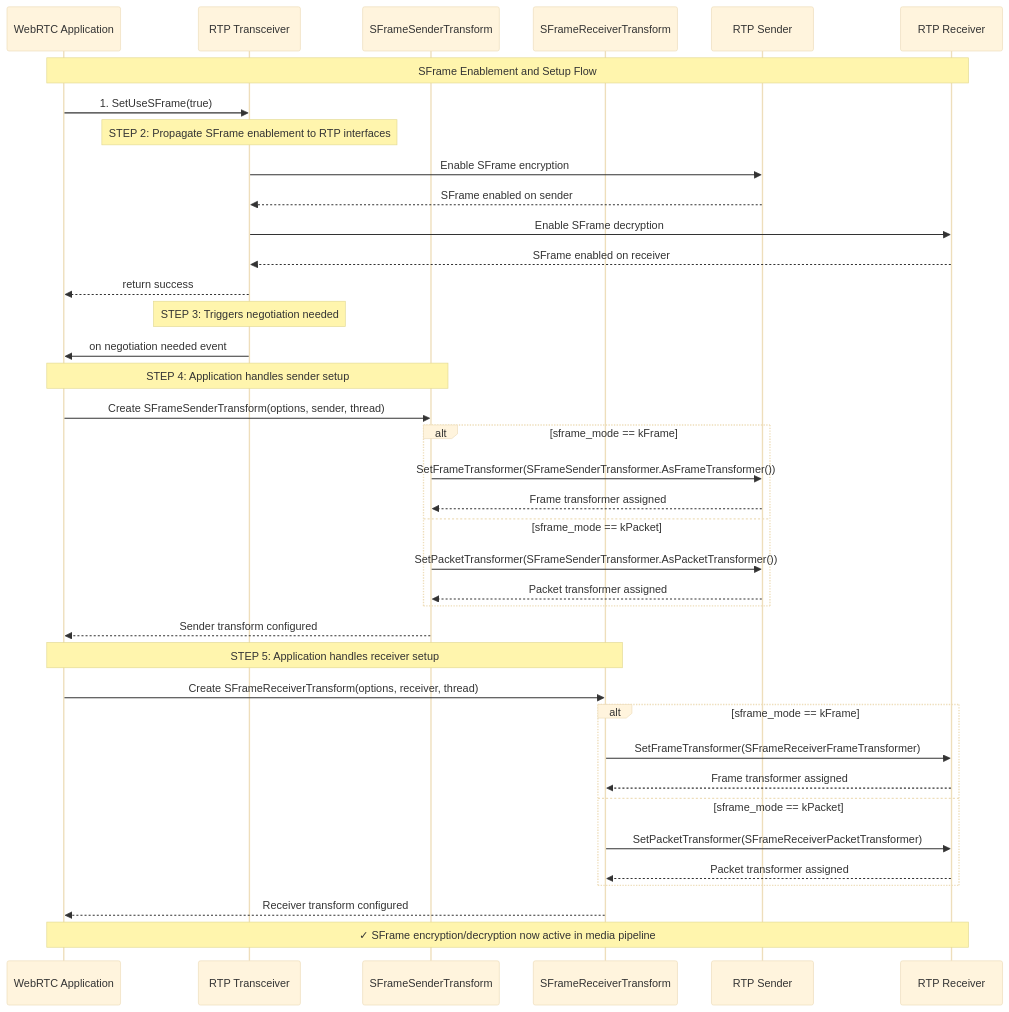
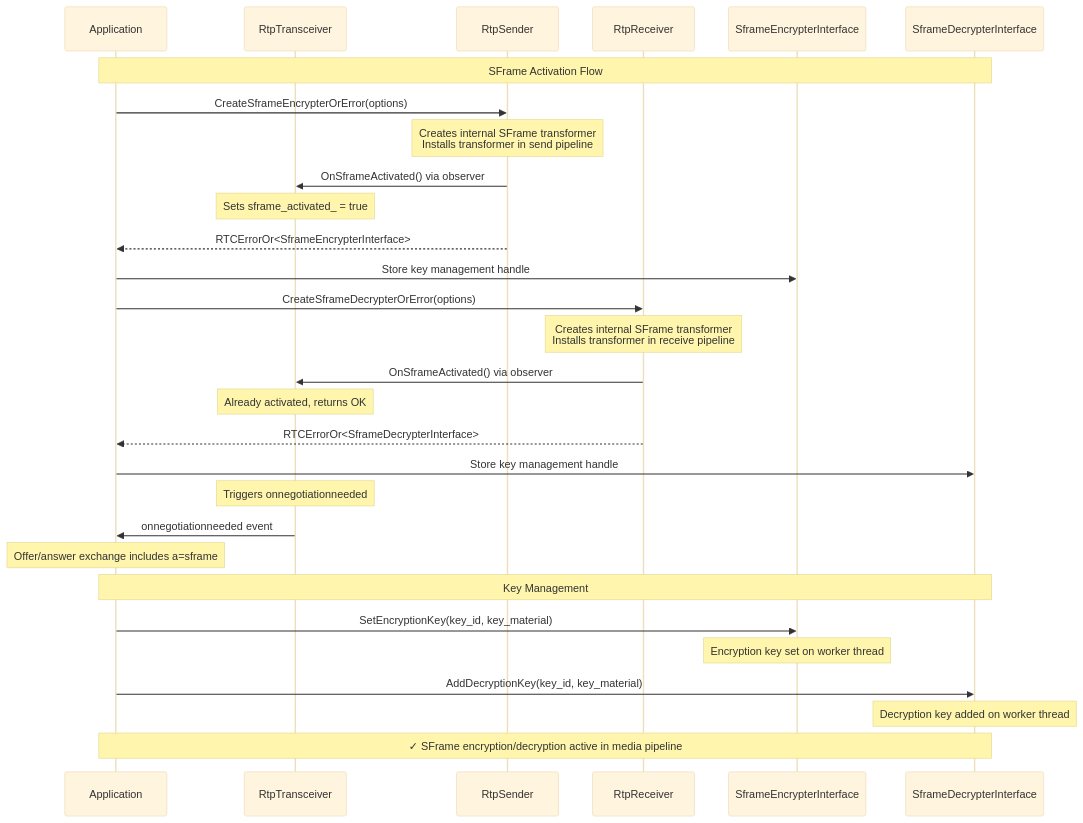
One commit to webex/webrtc-sframe changed the first of 20 diagrams in README.md. Above: the diagram before and after it, drawn with Mermaid (base theme). The commit also changed other lines of this file and 1 other file, not shown here.

````diff
--- a/README.md
+++ b/README.md
@@ -15,51 +15,40 @@
 ```mermaid
 sequenceDiagram
-    participant App as WebRTC Application
-    participant T as RTP Transceiver
-    participant SenderTransform as SFrameSenderTransform
-    participant ReceiverTransform as SFrameReceiverTransform
-    participant S as RTP Sender
-    participant R as RTP Receiver
+    participant App as Application
+    participant T as RtpTransceiver
+    participant S as RtpSender
+    participant R as RtpReceiver
+    participant EncHandle as SframeEncrypterInterface
+    participant DecHandle as SframeDecrypterInterface
 
-    Note over App,R: SFrame Enablement and Setup Flow
+    Note over App,DecHandle: SFrame Activation Flow
 
-    App->>T: 1. SetUseSFrame(true)
-    
-    Note over T: STEP 2: Propagate SFrame enablement to RTP interfaces
-    T->>S: Enable SFrame encryption
-    S-->>T: SFrame enabled on sender
-    T->>R: Enable SFrame decryption
-    R-->>T: SFrame enabled on receiver
-    T-->>App: return success
-    
-    Note over T: STEP 3: Triggers negotiation needed
-    T->>App: on negotiation needed event
-    
-    Note over App,SenderTransform: STEP 4: Application handles sender setup
-    App->>SenderTransform: Create SFrameSenderTransform(options, sender, thread)
-    
-    alt sframe_mode == kFrame
-        SenderTransform->>S: SetFrameTransformer(SFrameSenderTransformer.AsFrameTransformer())
-        S-->>SenderTransform: Frame transformer assigned
-    else sframe_mode == kPacket
-        SenderTransform->>S: SetPacketTransformer(SFrameSenderTransformer.AsPacketTransformer())
-        S-->>SenderTransform: Packet transformer assigned
-    end
-    
-    SenderTransform-->>App: Sender transform configured
-    
-    Note over App,ReceiverTransform: STEP 5: Application handles receiver setup
-    App->>ReceiverTransform: Create SFrameReceiverTransform(options, receiver, thread)
-    
-    alt sframe_mode == kFrame
-        ReceiverTransform->>R: SetFrameTransformer(SFrameReceiverFrameTransformer)
-        R-->>ReceiverTransform: Frame transformer assigned
-    else sframe_mode == kPacket
-        ReceiverTransform->>R: SetPacketTransformer(SFrameReceiverPacketTransformer)
-        R-->>ReceiverTransform: Packet transformer assigned
-    end
-    
-    ReceiverTransform-->>App: Receiver transform configured
-    
-    Note over App,R: ✓ SFrame encryption/decryption now active in media pipeline
+    App->>S: CreateSframeEncrypterOrError(options)
+    Note over S: Creates internal SFrame transformer<br/>Installs transformer in send pipeline
+    S->>T: OnSframeActivated() via observer
+    Note over T: Sets sframe_activated_ = true
+    S-->>App: RTCErrorOr<SframeEncrypterInterface>
+    App->>EncHandle: Store key management handle
+
+    App->>R: CreateSframeDecrypterOrError(options)
+    Note over R: Creates internal SFrame transformer<br/>Installs transformer in receive pipeline
+    R->>T: OnSframeActivated() via observer
+    Note over T: Already activated, returns OK
+    R-->>App: RTCErrorOr<SframeDecrypterInterface>
+    App->>DecHandle: Store key management handle
+
+    Note over T: Triggers onnegotiationneeded
+    T->>App: onnegotiationneeded event
+
+    Note over App: Offer/answer exchange includes a=sframe
+
+    Note over App,DecHandle: Key Management
+
+    App->>EncHandle: SetEncryptionKey(key_id, key_material)
+    Note over EncHandle: Encryption key set on worker thread
+
+    App->>DecHandle: AddDecryptionKey(key_id, key_material)
+    Note over DecHandle: Decryption key added on worker thread
+
+    Note over App,DecHandle: ✓ SFrame encryption/decryption active in media pipeline
 ```
````
